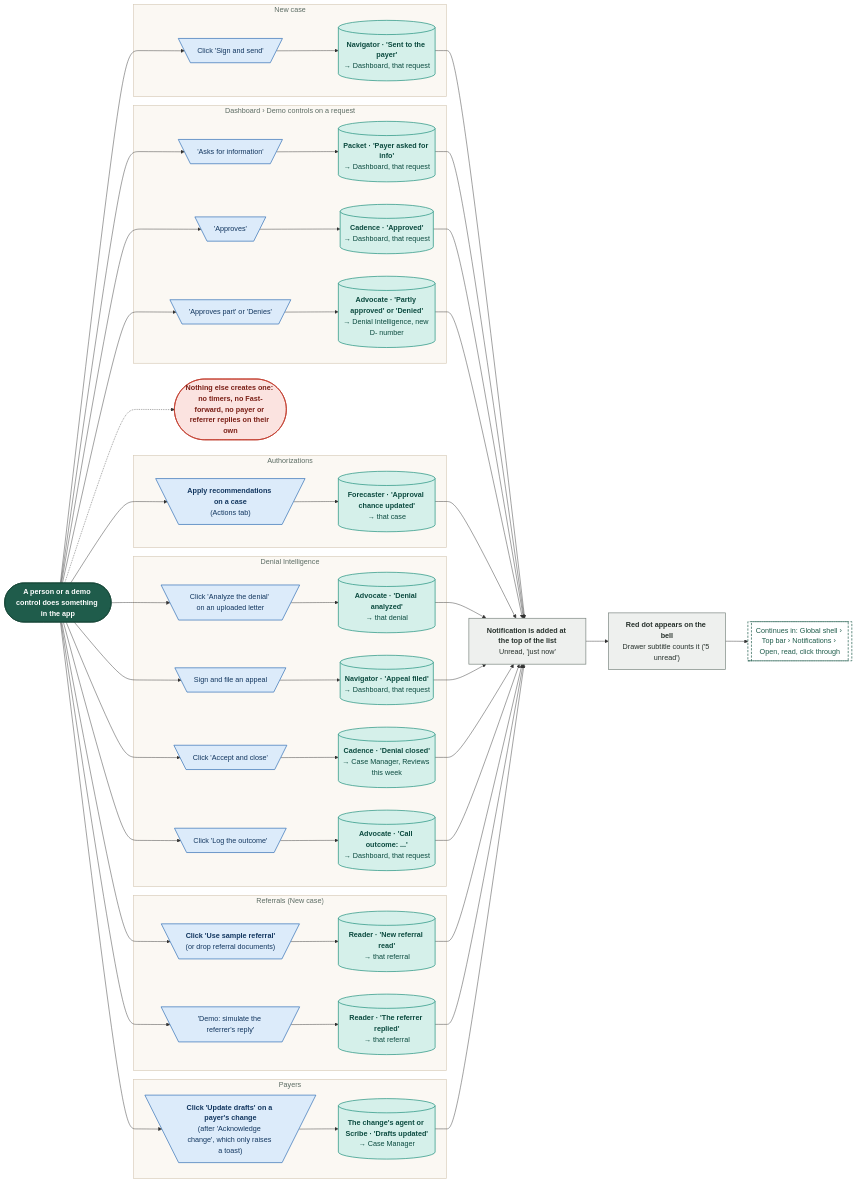
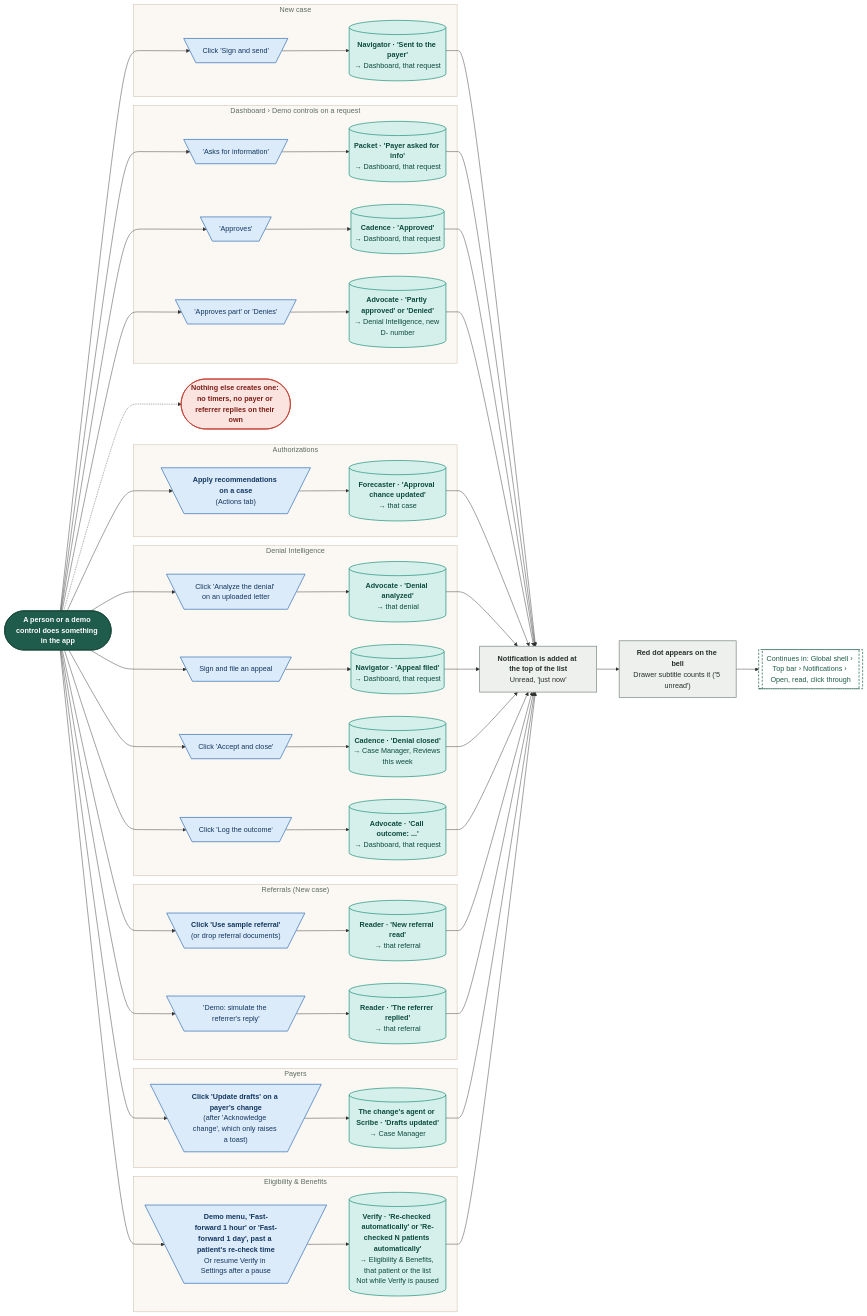
The eighth of 15 diagrams in demos/prior-auth-demo/workflows/out/md/01-global-shell.md (Shrav143/psyfloapp), drawn with Mermaid before and after one commit. The commit also changed other lines of this file and 195 other files, not shown here.

First line of the commit message:
docs: Rebuild workflow diagrams after the demo fixes (220 diagrams)

```diff
--- a/demos/prior-auth-demo/workflows/out/md/01-global-shell.md
+++ b/demos/prior-auth-demo/workflows/out/md/01-global-shell.md
@@ -576,6 +585,10 @@
   c8d@{ shape: trap-t, label: "Click 'Log the outcome'" }
   n8d@{ shape: cyl, label: "<b>Advocate · 'Call outcome: ...'</b><br/>→ Dashboard, that request" }
   end
+  subgraph gElig ["Eligibility & Benefits"]
+  c11@{ shape: trap-t, label: "<b>Demo menu, 'Fast-forward 1 hour' or 'Fast-forward 1 day', past a patient's re-check time</b><br/>Or resume Verify in Settings after a pause" }
+  n11@{ shape: cyl, label: "<b>Verify · 'Re-checked automatically' or 'Re-checked N patients automatically'</b><br/>→ Eligibility & Benefits, that patient or the list<br/>Not while Verify is paused" }
+  end
   subgraph gAuth ["Authorizations"]
   c7@{ shape: trap-t, label: "<b>Apply recommendations on a case</b><br/>(Actions tab)" }
   n7@{ shape: cyl, label: "<b>Forecaster · 'Approval chance updated'</b><br/>→ that case" }
@@ -595,8 +608,8 @@
   p1@{ shape: rect, label: "<b>Notification is added at the top of the list</b><br/>Unread, 'just now'" }
   p2@{ shape: rect, label: "<b>Red dot appears on the bell</b><br/>Drawer subtitle counts it ('5 unread')" }
   g1@{ shape: subproc, label: "Continues in: Global shell › Top bar › Notifications › Open, read, click through" }
-  e1@{ shape: stadium, label: "Nothing else creates one: no timers, no Fast-forward, no payer or referrer replies on their own" }
-  s1 --> c1 & c4 & c5 & c6 & c7 & c8 & c8b & c8c & c8d & c9 & c9b & c10
+  e1@{ shape: stadium, label: "Nothing else creates one: no timers, no payer or referrer replies on their own" }
+  s1 --> c1 & c4 & c5 & c6 & c7 & c8 & c8b & c8c & c8d & c9 & c9b & c10 & c11
   c1 --> n1
   c4 --> n4
   c5 --> n5
@@ -609,18 +622,20 @@
   c9 --> n9
   c9b --> n9b
   c10 --> n10
-  n1 & n4 & n5 & n6 & n7 & n8 & n8b & n8c & n8d & n9 & n9b & n10 --> p1
+  c11 --> n11
+  n1 & n4 & n5 & n6 & n7 & n8 & n8b & n8c & n8d & n9 & n9b & n10 & n11 --> p1
   p1 --> p2 --> g1
   s1 -.-> e1
   class s1 k_start
-  class c10,c9,c9b,c8,c8b,c8c,c8d,c7,c4,c5,c6,c1 k_click
-  class n10,n9,n9b,n8,n8b,n8c,n8d,n7,n4,n5,n6,n1 k_store
+  class c10,c9,c9b,c8,c8b,c8c,c8d,c11,c7,c4,c5,c6,c1 k_click
+  class n10,n9,n9b,n8,n8b,n8c,n8d,n11,n7,n4,n5,n6,n1 k_store
   class p1,p2 k_process
   class g1 k_goto
   class e1 k_endx
   style gPay fill:#FBF8F3,stroke:#D9CDBB,stroke-width:1.5px,color:#5B6B63
   style gRef fill:#FBF8F3,stroke:#D9CDBB,stroke-width:1.5px,color:#5B6B63
   style gDen fill:#FBF8F3,stroke:#D9CDBB,stroke-width:1.5px,color:#5B6B63
+  style gElig fill:#FBF8F3,stroke:#D9CDBB,stroke-width:1.5px,color:#5B6B63
   style gAuth fill:#FBF8F3,stroke:#D9CDBB,stroke-width:1.5px,color:#5B6B63
   style gDash fill:#FBF8F3,stroke:#D9CDBB,stroke-width:1.5px,color:#5B6B63
   style gSend fill:#FBF8F3,stroke:#D9CDBB,stroke-width:1.5px,color:#5B6B63
```
